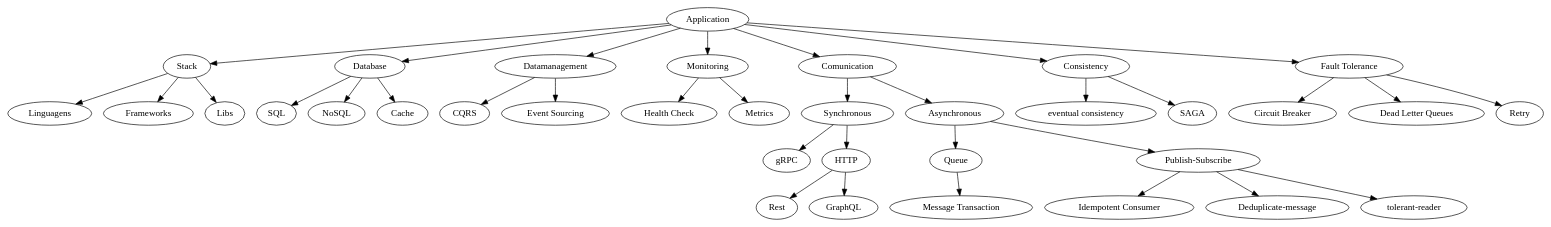
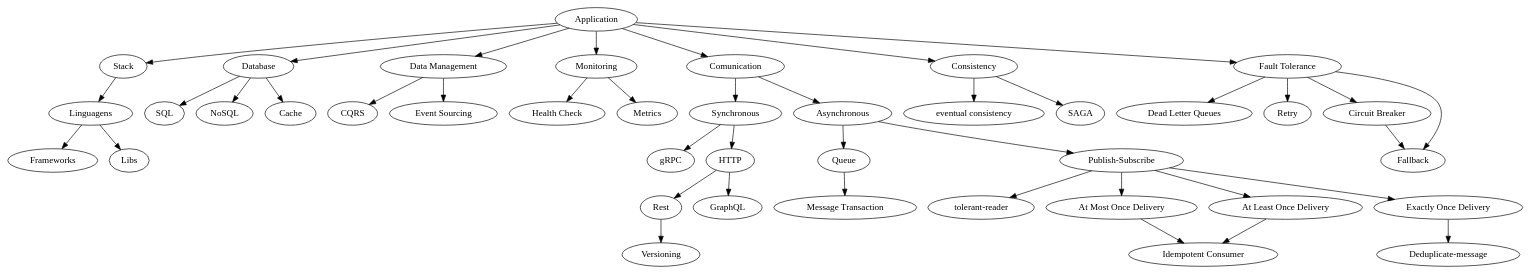
The diagram in images/microservices-application-roadmap.gv (emmanuelneri/microservices-roadmap), drawn with Graphviz before and after one commit. The commit also changed 4 other files, not shown here.

```diff
--- a/images/microservices-application-roadmap.gv
+++ b/images/microservices-application-roadmap.gv
@@ -1,72 +1,84 @@
 // Microservices Application Roadmap
 digraph {
 	application [label=Application]
 	application -> stack
 	application -> db
 	application -> "data-management"
 	application -> monitoring
 	application -> comunication
 	application -> consistency
 	stack [label=Stack]
 	linguagens [label=Linguagens]
 	framework [label=Frameworks]
 	lib [label=Libs]
 	stack -> linguagens
-	stack -> framework
-	stack -> lib
+	linguagens -> framework
+	linguagens -> lib
 	db [label=Database]
 	sql [label=SQL]
 	nosql [label=NoSQL]
 	cache [label=Cache]
 	db -> sql
 	db -> nosql
 	db -> cache
-	"data-management" [label=Datamanagement]
+	"data-management" [label="Data Management"]
 	cqrs [label=CQRS]
 	"event-sourcing" [label="Event Sourcing"]
 	"data-management" -> cqrs
 	"data-management" -> "event-sourcing"
 	monitoring [label=Monitoring]
 	"health-check" [label="Health Check"]
 	"app-metrics" [label=Metrics]
 	monitoring -> "health-check"
 	monitoring -> "app-metrics"
 	comunication [label=Comunication]
 	synchronous [label=Synchronous]
 	asynchronous [label=Asynchronous]
 	comunication -> synchronous
 	comunication -> asynchronous
 	grpc [label=gRPC]
 	http [label=HTTP]
 	synchronous -> http
 	synchronous -> grpc
 	rest [label=Rest]
 	graphql [label=GraphQL]
 	http -> rest
 	http -> graphql
+	versioning [label=Versioning]
+	rest -> versioning
 	queue [label=Queue]
 	"pub-sub" [label="Publish-Subscribe"]
 	asynchronous -> queue
 	asynchronous -> "pub-sub"
 	"queue-transaction" [label="Message Transaction"]
 	queue -> "queue-transaction"
+	"tolerant-reader" [label="tolerant-reader"]
+	"at-most-once-delivery" [label="At Most Once Delivery"]
+	"at-least-once-delivery" [label="At Least Once Delivery"]
+	"exactly-once-delivery" [label="Exactly Once Delivery"]
+	"pub-sub" -> "at-most-once-delivery"
+	"pub-sub" -> "at-least-once-delivery"
+	"pub-sub" -> "exactly-once-delivery"
+	"pub-sub" -> "tolerant-reader"
+	deduplicate [label="Deduplicate-message"]
 	idempotent [label="Idempotent Consumer"]
-	deduplicate [label="Deduplicate-message"]
-	"tolerant-reader" [label="tolerant-reader"]
-	"pub-sub" -> idempotent
-	"pub-sub" -> deduplicate
-	"pub-sub" -> "tolerant-reader"
+	"at-most-once-delivery" -> idempotent
+	"at-least-once-delivery" -> idempotent
+	"exactly-once-delivery" -> deduplicate
 	application -> "fault-tolerance"
 	"fault-tolerance" [label="Fault Tolerance"]
-	"app-circuit-breaker" [label="Circuit Breaker"]
 	dlq [label="Dead Letter Queues"]
 	retry [label=Retry]
+	"app-circuit-breaker" [label="Circuit Breaker"]
+	fallback [label=Fallback]
 	consistency [label=Consistency]
 	"eventual-consistency" [label="eventual consistency"]
 	saga [label=SAGA]
 	consistency -> "eventual-consistency"
 	consistency -> saga
-	"fault-tolerance" -> "app-circuit-breaker"
 	"fault-tolerance" -> dlq
 	"fault-tolerance" -> retry
+	"fault-tolerance" -> "app-circuit-breaker"
+	"fault-tolerance" -> fallback
+	"app-circuit-breaker" -> fallback
 }
```
